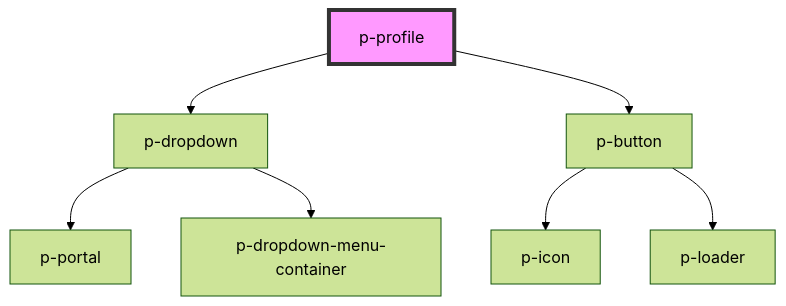
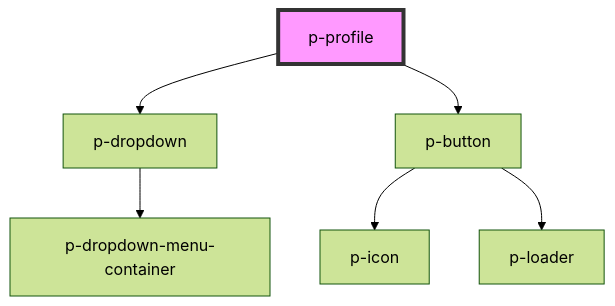
One commit to Employes/Paperless changed the diagram in packages/core/src/components/molecules/profile/readme.md. Above: the diagram before and after it, drawn with Mermaid (forest theme). The commit also changed 28 other files, not shown here.

````diff
--- a/packages/core/src/components/molecules/profile/readme.md
+++ b/packages/core/src/components/molecules/profile/readme.md
@@ -23,10 +23,9 @@
 ```mermaid
 graph TD;
   p-profile --> p-dropdown
   p-profile --> p-button
-  p-dropdown --> p-portal
   p-dropdown --> p-dropdown-menu-container
   p-button --> p-icon
   p-button --> p-loader
   style p-profile fill:#f9f,stroke:#333,stroke-width:4px
 ```
````
